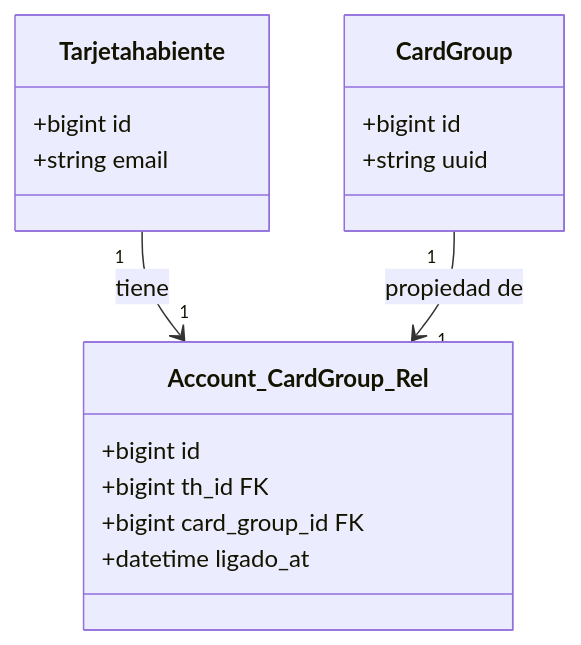
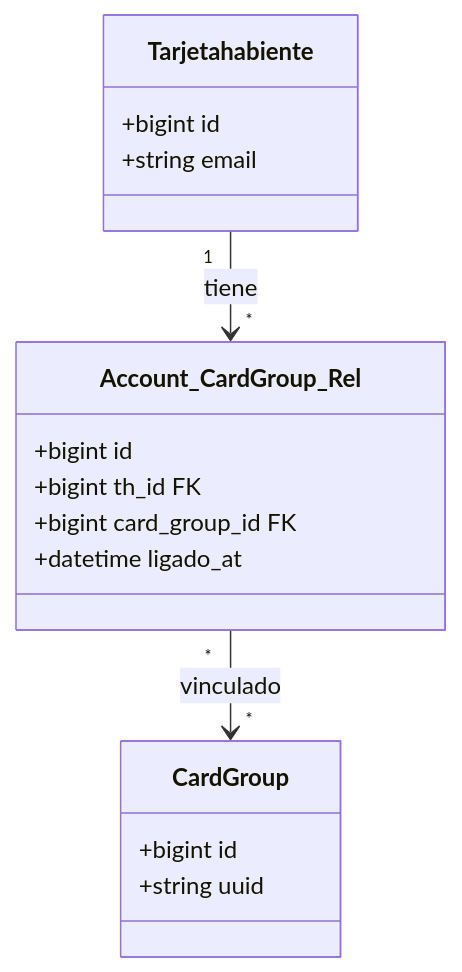
Before and after one commit to bulmaroarellano/pwa-architecture-proposal: the third of 4 diagrams in pwa_group_er_diagram_focused.md, drawn with Mermaid. The commit also changed other lines of this file and 1 other file, not shown here.

Commit message:
Revert to Multi-Group architecture (N:M)

````diff
--- a/pwa_group_er_diagram_focused.md
+++ b/pwa_group_er_diagram_focused.md
@@ -60,22 +66,22 @@
 ```mermaid
 classDiagram
     class Tarjetahabiente {
         +bigint id
         +string email
     }
 
     class Account_CardGroup_Rel {
         +bigint id
         +bigint th_id FK
         +bigint card_group_id FK
         +datetime ligado_at
     }
 
     class CardGroup {
         +bigint id
         +string uuid
     }
 
-    Tarjetahabiente "1" --> "1" Account_CardGroup_Rel : tiene
-    CardGroup "1" --> "1" Account_CardGroup_Rel : propiedad de
+    Tarjetahabiente "1" --> "*" Account_CardGroup_Rel : tiene
+    Account_CardGroup_Rel "*" --> "*" CardGroup : vinculado
 ```
````
